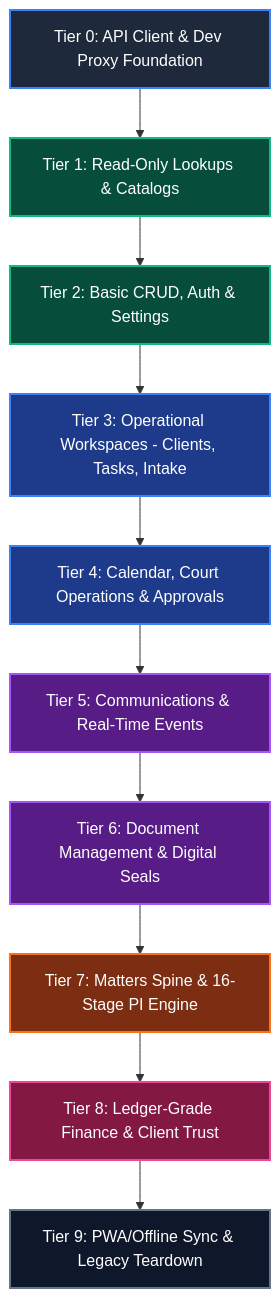
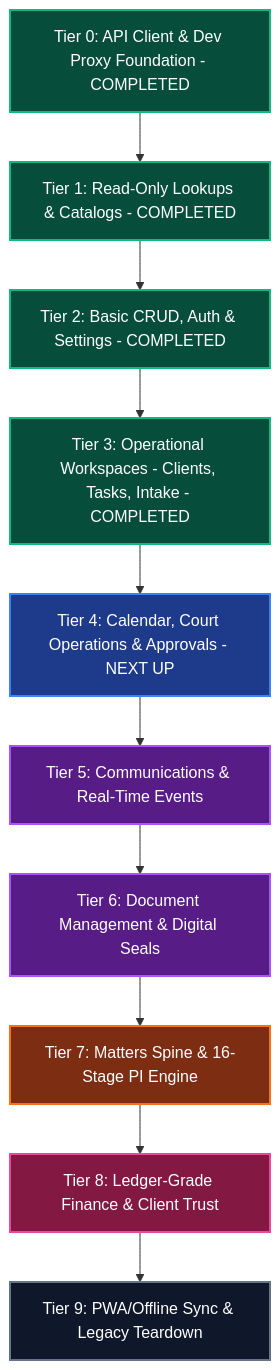
Before and after one commit to davemusau00/KKA: the diagram in backend-frontend-integration.md, drawn with Mermaid. The commit also changed other lines of this file and 11 other files, not shown here.

````diff
--- a/backend-frontend-integration.md
+++ b/backend-frontend-integration.md
@@ -84,23 +99,23 @@
 ```mermaid
 graph TD
-    T0[Tier 0: API Client & Dev Proxy Foundation] --> T1[Tier 1: Read-Only Lookups & Catalogs]
-    T1 --> T2[Tier 2: Basic CRUD, Auth & Settings]
-    T2 --> T3[Tier 3: Operational Workspaces - Clients, Tasks, Intake]
-    T3 --> T4[Tier 4: Calendar, Court Operations & Approvals]
+    T0[Tier 0: API Client & Dev Proxy Foundation - COMPLETED] --> T1[Tier 1: Read-Only Lookups & Catalogs - COMPLETED]
+    T1 --> T2[Tier 2: Basic CRUD, Auth & Settings - COMPLETED]
+    T2 --> T3[Tier 3: Operational Workspaces - Clients, Tasks, Intake - COMPLETED]
+    T3 --> T4[Tier 4: Calendar, Court Operations & Approvals - NEXT UP]
     T4 --> T5[Tier 5: Communications & Real-Time Events]
     T5 --> T6[Tier 6: Document Management & Digital Seals]
     T6 --> T7[Tier 7: Matters Spine & 16-Stage PI Engine]
     T7 --> T8[Tier 8: Ledger-Grade Finance & Client Trust]
     T8 --> T9[Tier 9: PWA/Offline Sync & Legacy Teardown]
 
-    style T0 fill:#1e293b,stroke:#3b82f6,stroke-width:2px,color:#fff
+    style T0 fill:#064e3b,stroke:#10b981,stroke-width:2px,color:#fff
     style T1 fill:#064e3b,stroke:#10b981,stroke-width:2px,color:#fff
     style T2 fill:#064e3b,stroke:#10b981,stroke-width:2px,color:#fff
-    style T3 fill:#1e3a8a,stroke:#3b82f6,stroke-width:2px,color:#fff
+    style T3 fill:#064e3b,stroke:#10b981,stroke-width:2px,color:#fff
     style T4 fill:#1e3a8a,stroke:#3b82f6,stroke-width:2px,color:#fff
     style T5 fill:#581c87,stroke:#a855f7,stroke-width:2px,color:#fff
     style T6 fill:#581c87,stroke:#a855f7,stroke-width:2px,color:#fff
     style T7 fill:#7c2d12,stroke:#f97316,stroke-width:2px,color:#fff
     style T8 fill:#831843,stroke:#ec4899,stroke-width:2px,color:#fff
     style T9 fill:#0f172a,stroke:#64748b,stroke-width:2px,color:#fff
 ```
````
